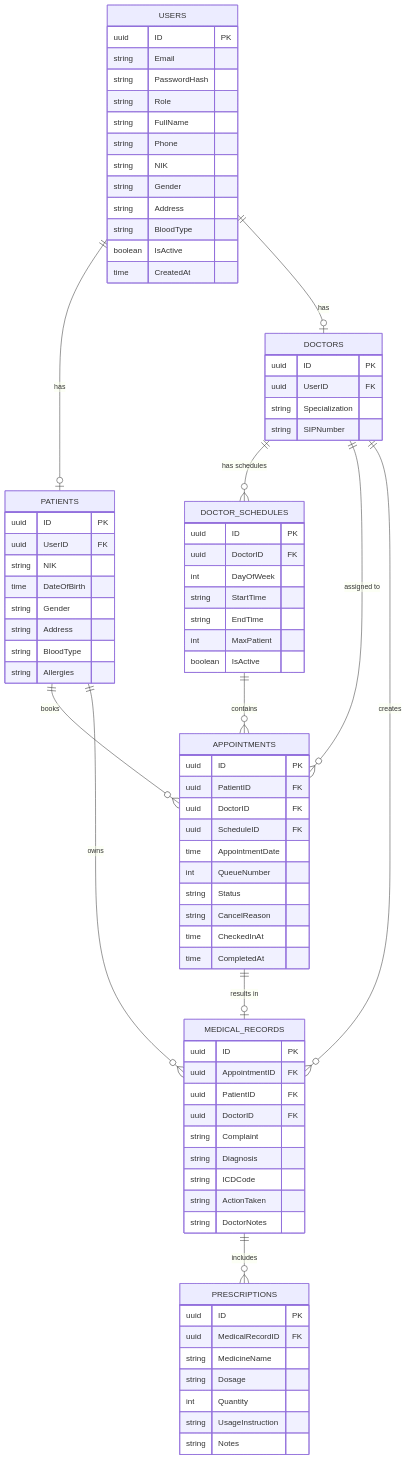
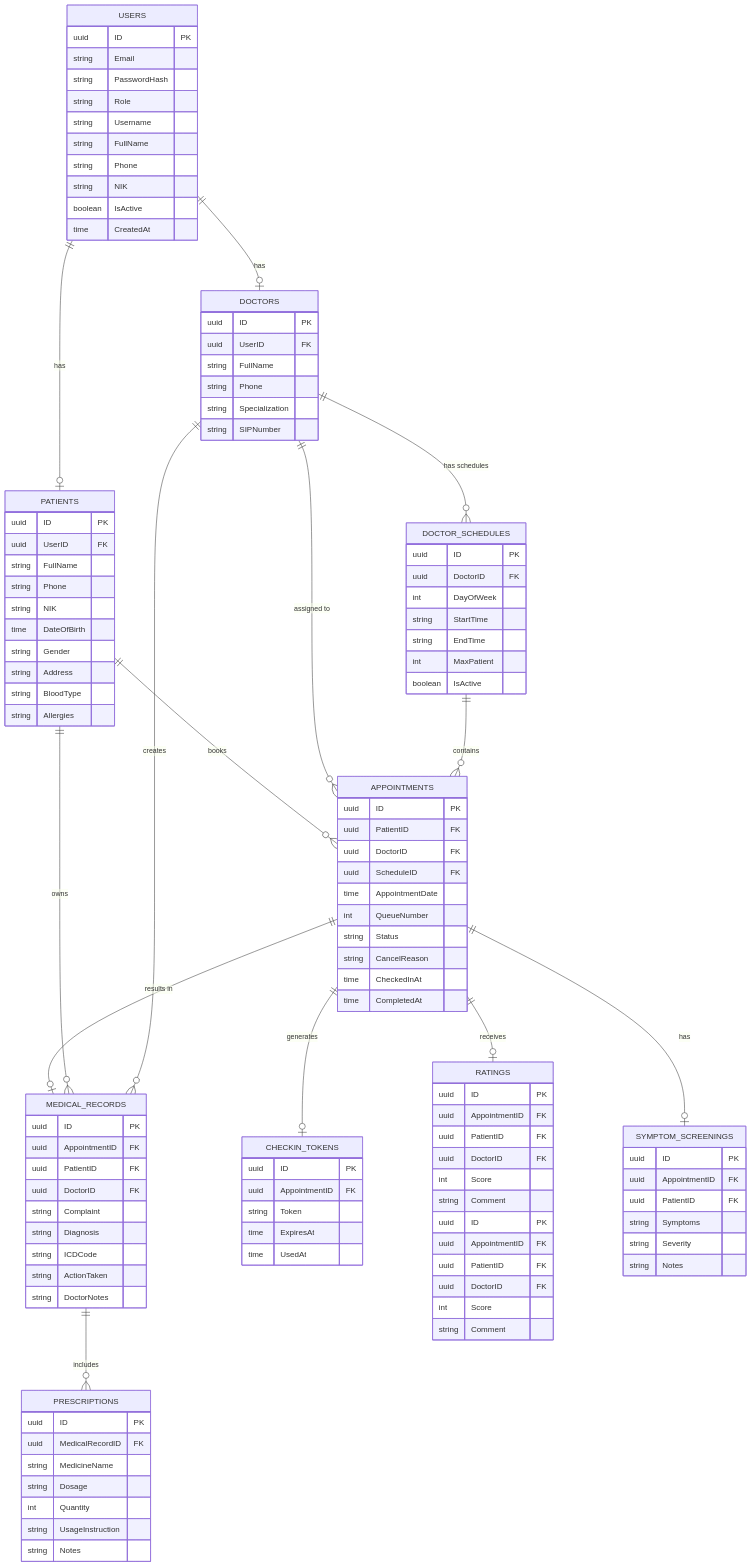
Before and after one commit to kuahbanyak/LearnGO: the first of 8 diagrams in diagrams.md, drawn with Mermaid. The commit also changed other lines of this file and 31 other files, not shown here.

````diff
--- a/diagrams.md
+++ b/diagrams.md
@@ -18,18 +18,19 @@
     PATIENTS ||--o{ MEDICAL_RECORDS : "owns"
     DOCTORS ||--o{ MEDICAL_RECORDS : "creates"
     MEDICAL_RECORDS ||--o{ PRESCRIPTIONS : "includes"
+    APPOINTMENTS ||--o| CHECKIN_TOKENS : "generates"
+    APPOINTMENTS ||--o| RATINGS : "receives"
+    APPOINTMENTS ||--o| SYMPTOM_SCREENINGS : "has"
 
     USERS {
         uuid ID PK
         string Email
         string PasswordHash
         string Role
+        string Username
         string FullName
         string Phone
         string NIK
-        string Gender
-        string Address
-        string BloodType
         boolean IsActive
         time CreatedAt
     }
@@ -37,6 +38,8 @@
     PATIENTS {
         uuid ID PK
         uuid UserID FK
+        string FullName
+        string Phone
         string NIK
         time DateOfBirth
         string Gender
@@ -48,6 +51,8 @@
     DOCTORS {
         uuid ID PK
         uuid UserID FK
+        string FullName
+        string Phone
         string Specialization
         string SIPNumber
     }
@@ -96,4 +101,39 @@
         string UsageInstruction
         string Notes
     }
+
+    CHECKIN_TOKENS {
+        uuid ID PK
+        uuid AppointmentID FK
+        string Token
+        time ExpiresAt
+        time UsedAt
+    }
+
+    RATINGS {
+        uuid ID PK
+        uuid AppointmentID FK
+        uuid PatientID FK
+        uuid DoctorID FK
+        int Score
+        string Comment
+    }
+
+    SYMPTOM_SCREENINGS {
+        uuid ID PK
+        uuid AppointmentID FK
+        uuid PatientID FK
+        string Symptoms
+        string Severity
+        string Notes
+    }
+
+    RATINGS {
+        uuid ID PK
+        uuid AppointmentID FK
+        uuid PatientID FK
+        uuid DoctorID FK
+        int Score
+        string Comment
+    }
 ```
````
